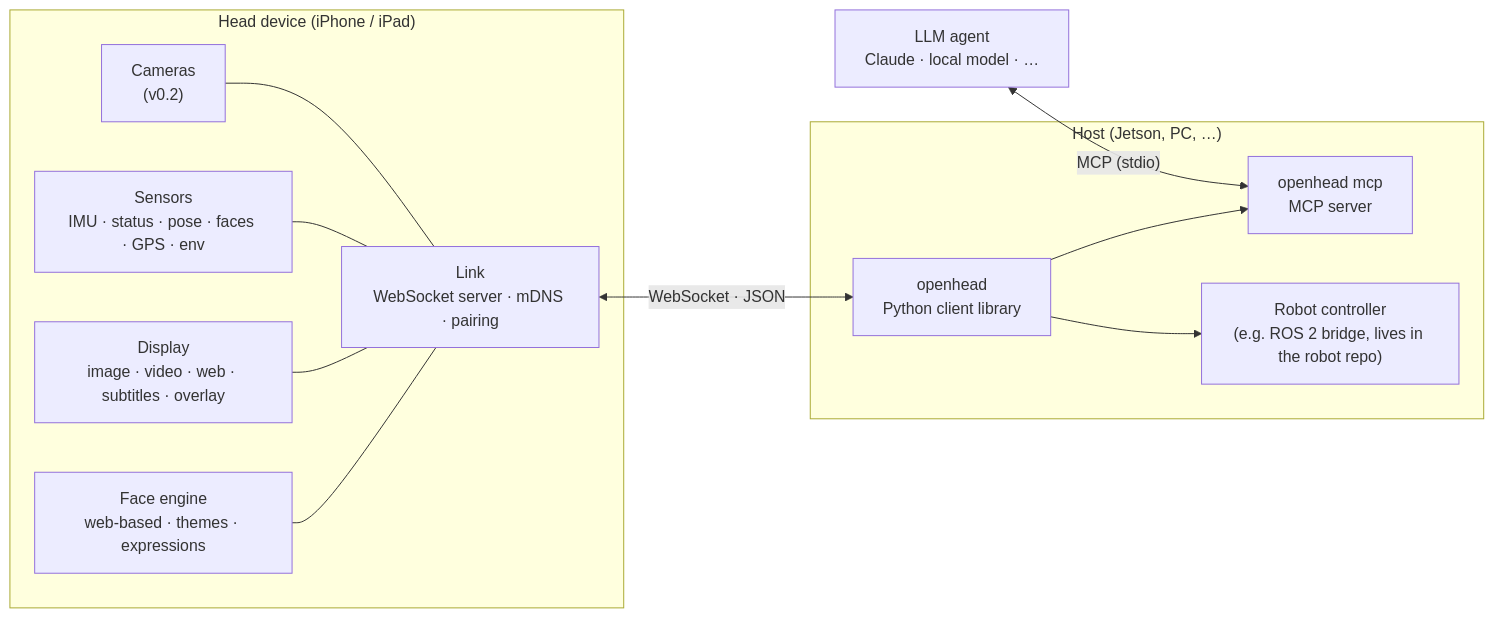
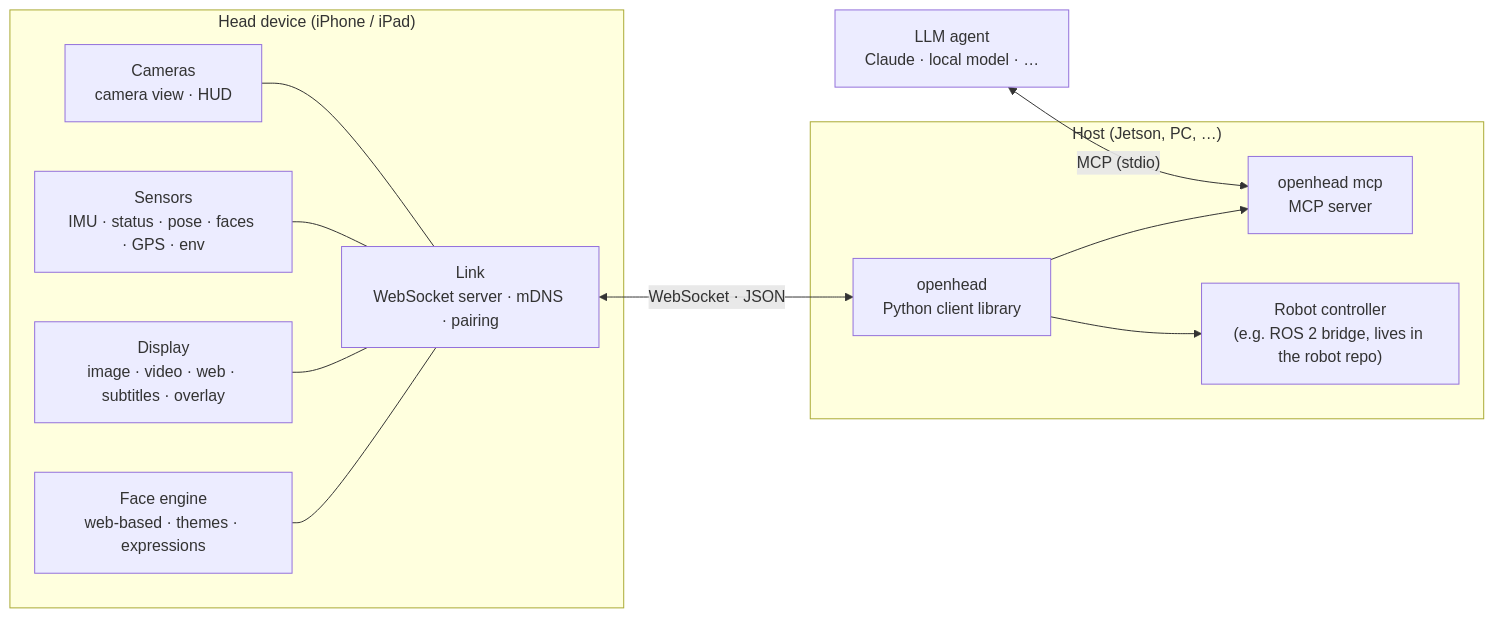
Before and after one commit to PatrikBichis/openhead: the first of 4 diagrams in README.md, drawn with Mermaid. The commit also changed other lines of this file and 9 other files, not shown here.

````diff
--- a/README.md
+++ b/README.md
@@ -50,27 +50,27 @@
 ```mermaid
 flowchart LR
     subgraph Device["Head device (iPhone / iPad)"]
         Face["Face engine<br/>web-based · themes · expressions"]
         Display["Display<br/>image · video · web · subtitles · overlay"]
         Sensors["Sensors<br/>IMU · status · pose · faces · GPS · env"]
-        Cam["Cameras<br/>(v0.2)"]
+        Cam["Cameras<br/>camera view · HUD"]
         Link["Link<br/>WebSocket server · mDNS · pairing"]
         Face --- Link
         Display --- Link
         Sensors --- Link
         Cam --- Link
     end
 
     subgraph Host["Host (Jetson, PC, …)"]
         Py["openhead<br/>Python client library"]
         MCP["openhead mcp<br/>MCP server"]
         ROS["Robot controller<br/>(e.g. ROS 2 bridge, lives in the robot repo)"]
         Py --> MCP
         Py --> ROS
     end
 
     Agent["LLM agent<br/>Claude · local model · …"]
 
     Link <-- "WebSocket · JSON" --> Py
     Agent <-- "MCP (stdio)" --> MCP
 ```
````
